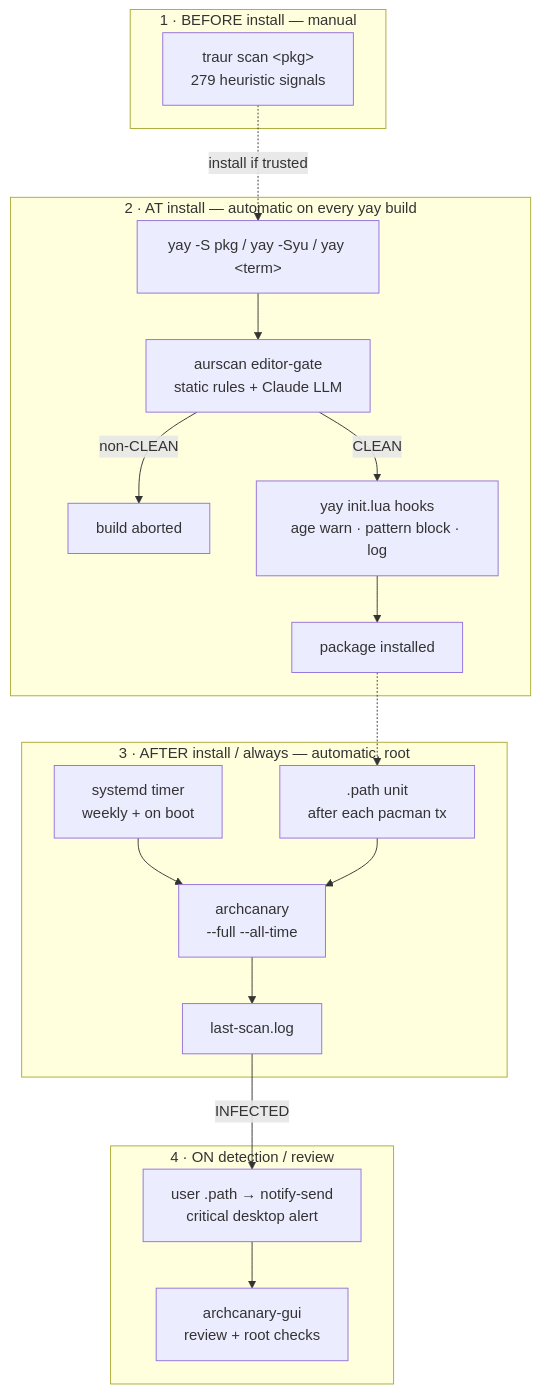
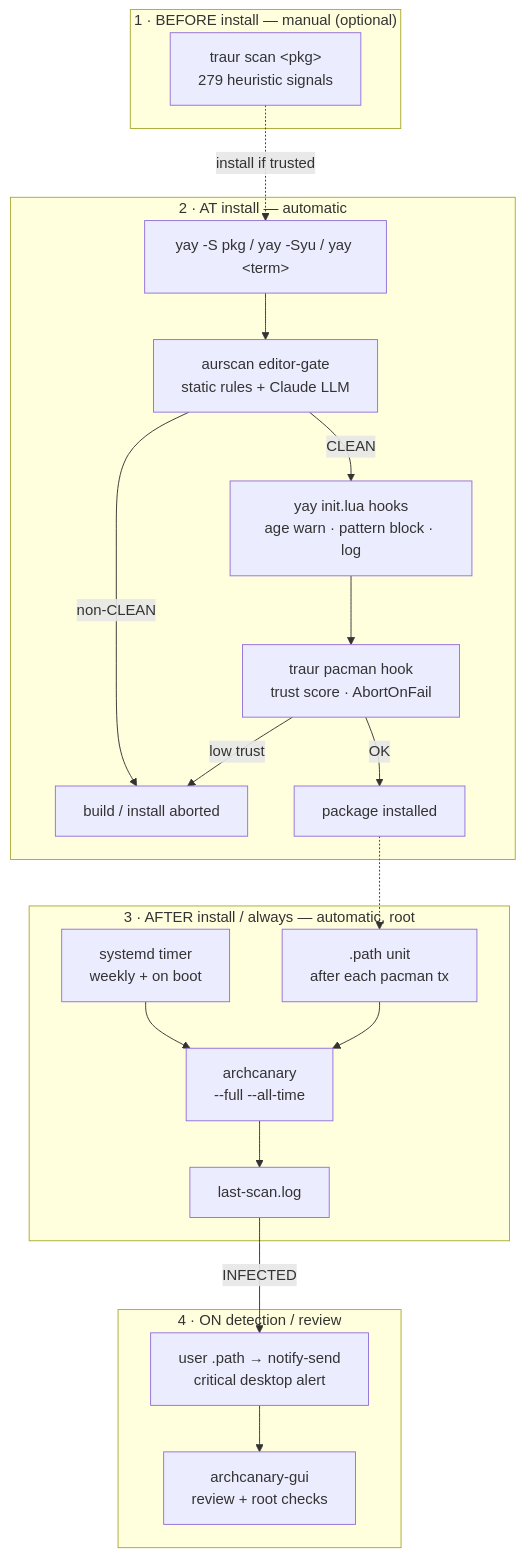
The diagram in docs/overview.md (musqz/archcanary), drawn with Mermaid before and after one commit. The commit also changed other lines of this file and 2 other files, not shown here.

Commit message:
docs: add traur pacman PreTransaction hook to the flow
traur ships its own ALPM hook (/usr/share/libalpm/hooks/traur.hook ->
traur-hook, AbortOnFail, Target=*), so it trust-scores every pacman
install/upgrade automatically — including repo packages — and can abort
the transaction. The docs described traur only as a manual pre-install
step, missing this fourth automatic layer. Keep the manual `traur scan
<pkg>` usage as an optional pre-install vet.

````diff
--- a/docs/overview.md
+++ b/docs/overview.md
@@ -10,27 +10,29 @@
 ```mermaid
 flowchart TD
-    subgraph PRE["1 · BEFORE install — manual"]
+    subgraph PRE["1 · BEFORE install — manual (optional)"]
         T["traur scan &lt;pkg&gt;<br/>279 heuristic signals"]
     end
 
-    subgraph AT["2 · AT install — automatic on every yay build"]
+    subgraph AT["2 · AT install — automatic"]
         U["yay -S pkg / yay -Syu / yay &lt;term&gt;"] --> GATE["aurscan editor-gate<br/>static rules + Claude LLM"]
-        GATE -->|non-CLEAN| AB["build aborted"]
+        GATE -->|non-CLEAN| AB["build / install aborted"]
         GATE -->|CLEAN| LUA["yay init.lua hooks<br/>age warn · pattern block · log"]
-        LUA --> OK["package installed"]
+        LUA --> TH["traur pacman hook<br/>trust score · AbortOnFail"]
+        TH -->|low trust| AB
+        TH -->|OK| OK["package installed"]
     end
 
     subgraph AFTER["3 · AFTER install / always — automatic, root"]
         TIM["systemd timer<br/>weekly + on boot"] --> SCAN["archcanary<br/>--full --all-time"]
         PTH[".path unit<br/>after each pacman tx"] --> SCAN
         SCAN --> LOG["last-scan.log"]
     end
 
     subgraph ALERT["4 · ON detection / review"]
         LOG -->|INFECTED| NOT["user .path → notify-send<br/>critical desktop alert"]
         NOT --> GUI["archcanary-gui<br/>review + root checks"]
     end
 
     T -.->|install if trusted| U
     OK -.-> PTH
 ```
````
